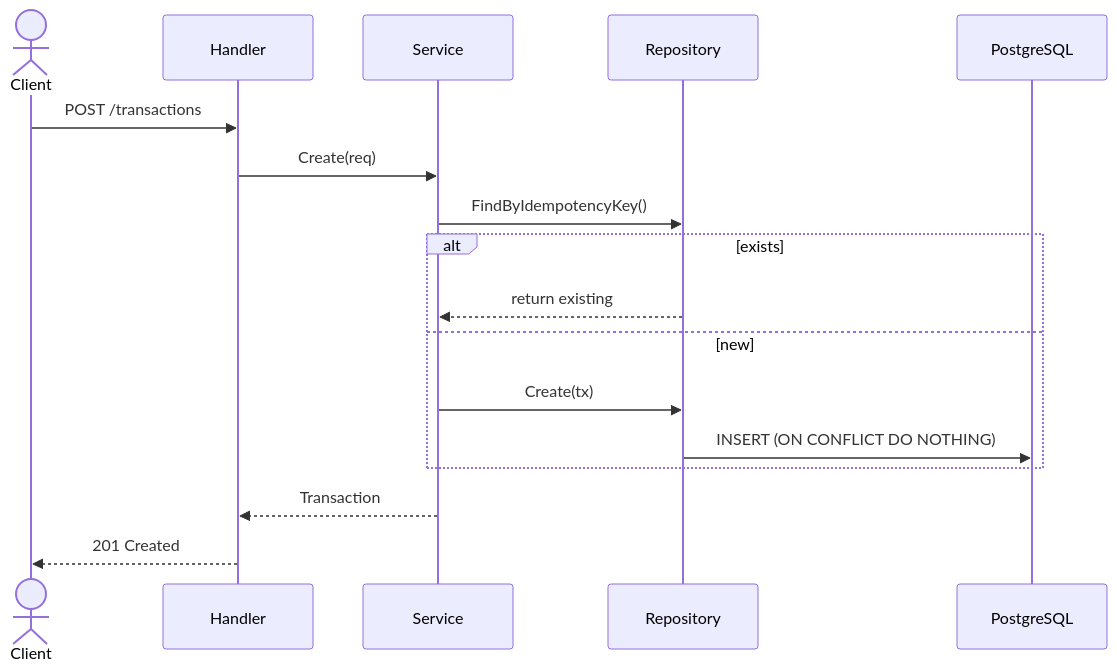
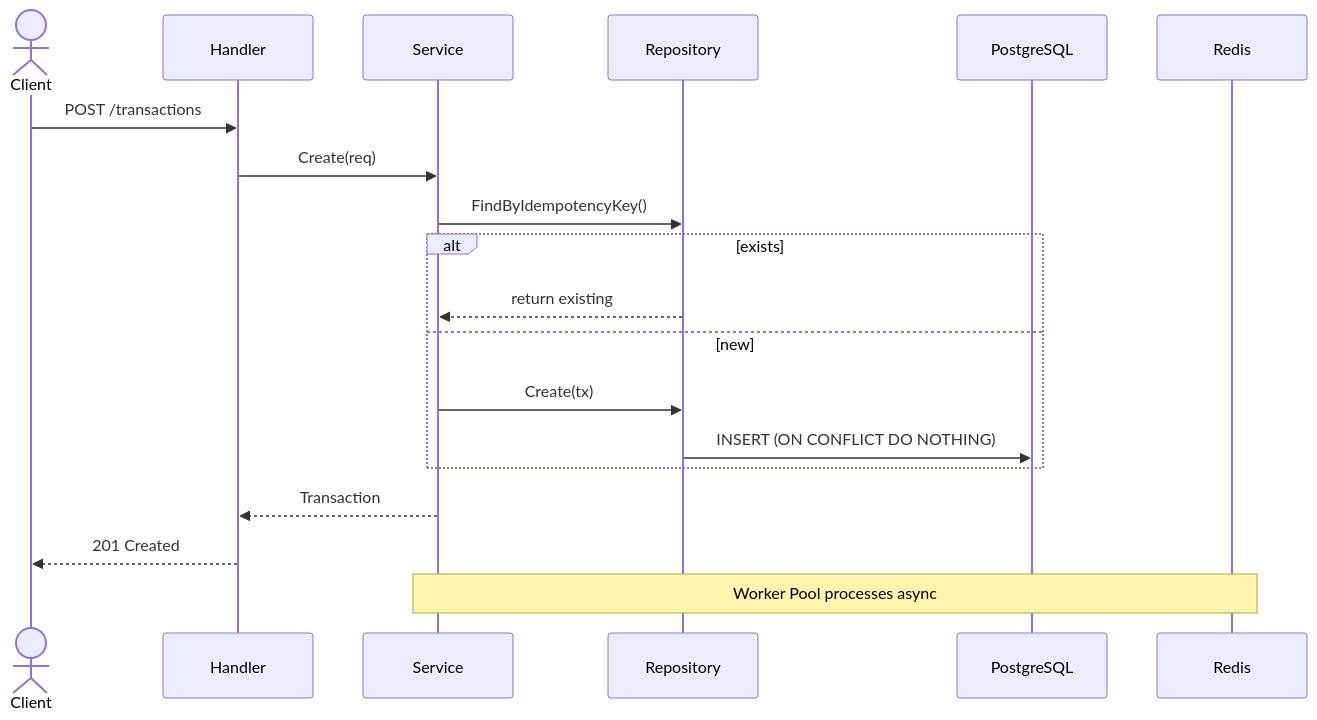
Before and after one commit to ginko97/fintech-playground: the second of 2 diagrams in README.md, drawn with Mermaid. The commit also changed other lines of this file and 4 other files, not shown here.

````diff
--- a/README.md
+++ b/README.md
@@ -21,22 +23,23 @@
 ```mermaid
 sequenceDiagram
     actor Client
     participant Handler
     participant Service
     participant Repository
     participant PostgreSQL
 
     Client->>Handler: POST /transactions
     Handler->>Service: Create(req)
     Service->>Repository: FindByIdempotencyKey()
 
     alt exists
         Repository-->>Service: return existing
     else new
         Service->>Repository: Create(tx)
         Repository->>PostgreSQL: INSERT (ON CONFLICT DO NOTHING)
     end
 
     Service-->>Handler: Transaction
     Handler-->>Client: 201 Created
+    Note over Service,Redis: Worker Pool processes async
 ```
````
